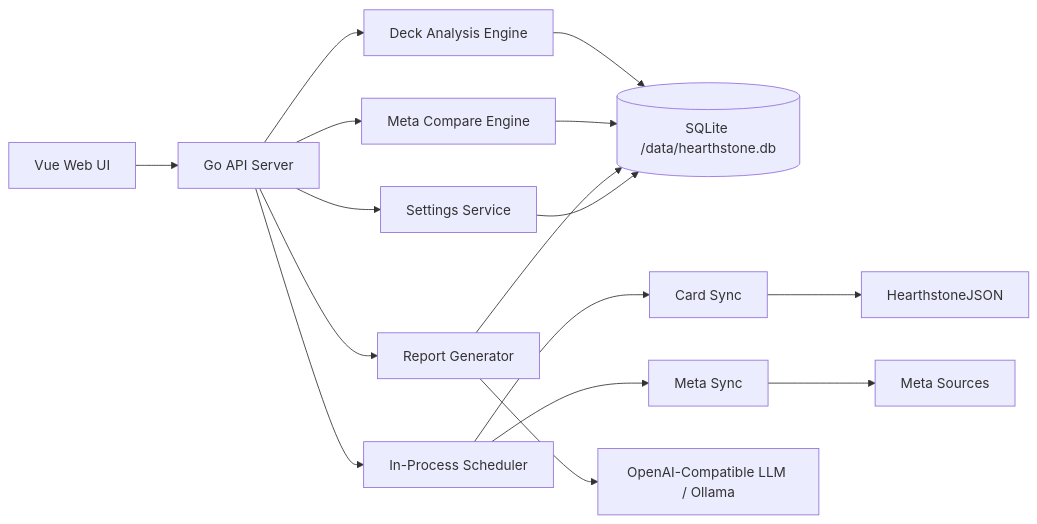
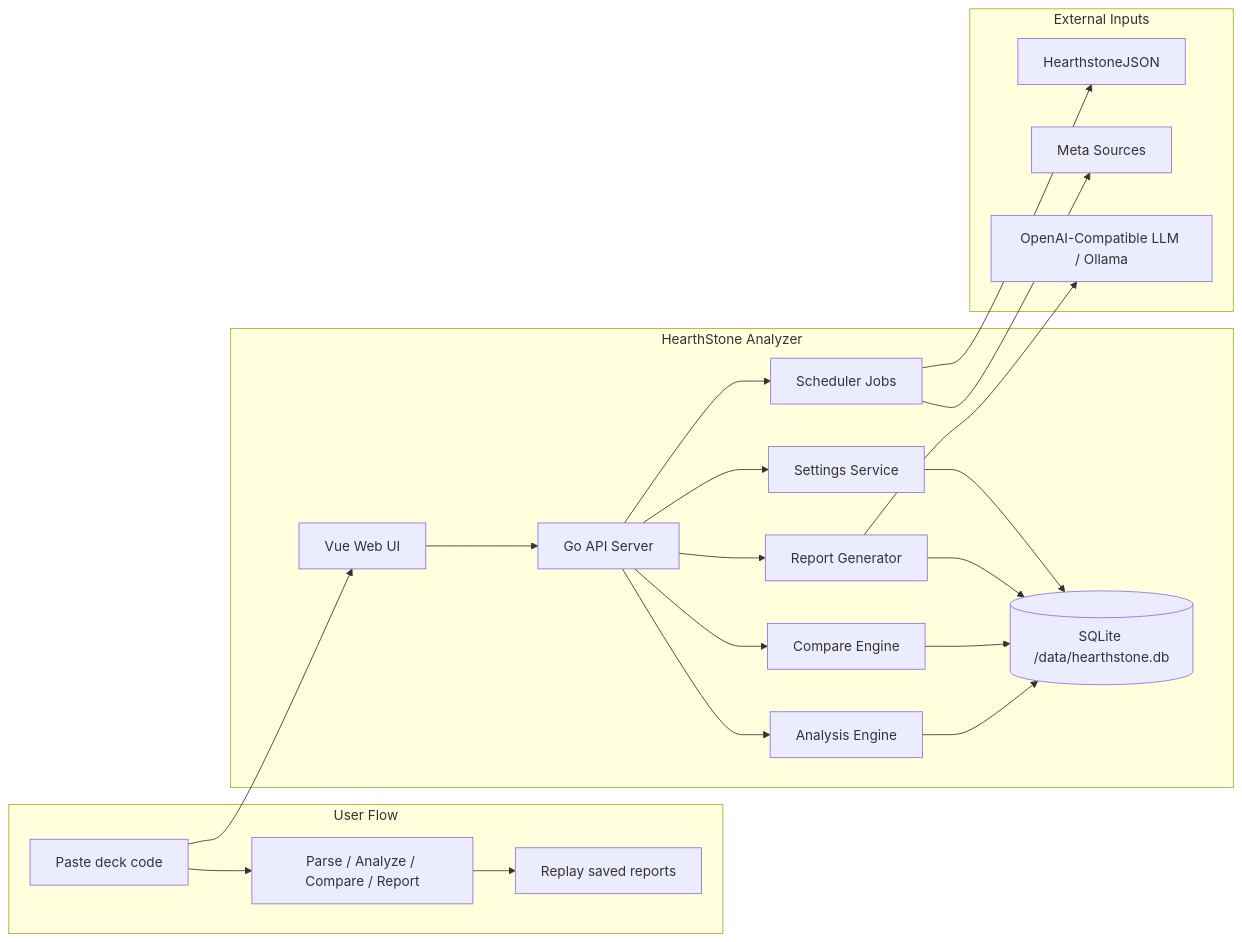
One commit to GMfatcat/HearthStone-Analyzer changed the diagram in README.md. Above: the diagram before and after it, drawn with Mermaid. The commit also changed other lines of this file and 1 other file, not shown here.

Commit message:
Polish README presentation

````diff
--- a/README.md
+++ b/README.md
@@ -51,18 +50,42 @@
 ```mermaid
 flowchart LR
-    UI["Vue Web UI"] --> API["Go API Server"]
-    API --> ANALYSIS["Deck Analysis Engine"]
-    API --> COMPARE["Meta Compare Engine"]
-    API --> REPORT["Report Generator"]
-    API --> JOBS["In-Process Scheduler"]
-    API --> SETTINGS["Settings Service"]
-    ANALYSIS --> DB[("SQLite /data/hearthstone.db")]
-    COMPARE --> DB
-    REPORT --> DB
-    SETTINGS --> DB
-    JOBS --> CARDS["Card Sync"]
-    JOBS --> META["Meta Sync"]
-    CARDS --> EXT1["HearthstoneJSON"]
-    META --> EXT2["Meta Sources"]
-    REPORT --> LLM["OpenAI-Compatible LLM / Ollama"]
+    subgraph User["User Flow"]
+        INPUT["Paste deck code"]
+        ACTIONS["Parse / Analyze / Compare / Report"]
+        HISTORY["Replay saved reports"]
+        INPUT --> ACTIONS --> HISTORY
+    end
+
+    subgraph App["HearthStone Analyzer"]
+        UI["Vue Web UI"]
+        API["Go API Server"]
+        ANALYSIS["Analysis Engine"]
+        COMPARE["Compare Engine"]
+        REPORT["Report Generator"]
+        JOBS["Scheduler Jobs"]
+        SETTINGS["Settings Service"]
+        DB[("SQLite /data/hearthstone.db")]
+
+        UI --> API
+        API --> ANALYSIS
+        API --> COMPARE
+        API --> REPORT
+        API --> JOBS
+        API --> SETTINGS
+        ANALYSIS --> DB
+        COMPARE --> DB
+        REPORT --> DB
+        SETTINGS --> DB
+    end
+
+    subgraph External["External Inputs"]
+        HSJSON["HearthstoneJSON"]
+        META["Meta Sources"]
+        LLM["OpenAI-Compatible LLM / Ollama"]
+    end
+
+    INPUT --> UI
+    JOBS --> HSJSON
+    JOBS --> META
+    REPORT --> LLM
 ```
````
